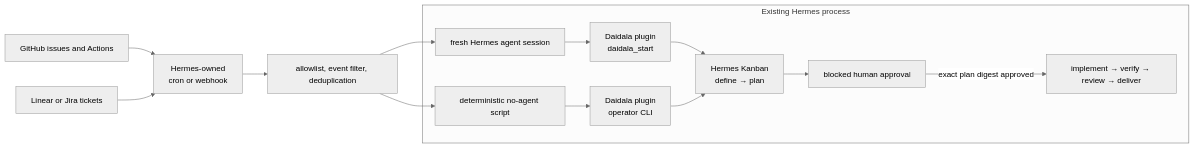
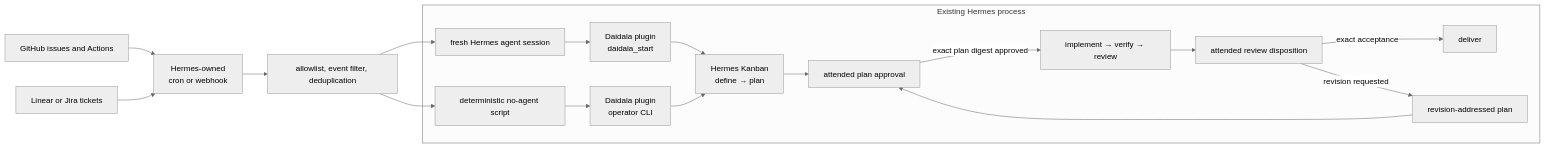
Before and after one commit to forgegod/daidala: the diagram in docs/13-autonomous-triggering.md, drawn with Mermaid (neutral theme). The commit also changed other lines of this file and 19 other files, not shown here.

First line of the commit message:
docs(review): document attended revision workflow

````diff
--- a/docs/13-autonomous-triggering.md
+++ b/docs/13-autonomous-triggering.md
@@ -18,17 +18,21 @@
 ```mermaid
 flowchart LR
     GH["GitHub issues and Actions"] --> T["Hermes-owned<br>cron or webhook"]
     LI["Linear or Jira tickets"] --> T
     T --> F["allowlist, event filter, deduplication"]
     F --> A["fresh Hermes agent session"]
     F --> S["deterministic no-agent script"]
 
     subgraph H["Existing Hermes process"]
         A --> W["Daidala plugin<br>daidala_start"]
         S --> W2["Daidala plugin<br>operator CLI"]
         W --> K["Hermes Kanban<br>define → plan"]
         W2 --> K
-        K --> G["blocked human approval"]
-        G -->|"exact plan digest approved"| E["implement → verify → review → deliver"]
+        K --> G["attended plan approval"]
+        G -->|"exact plan digest approved"| E["implement → verify → review"]
+        E --> R["attended review disposition"]
+        R -->|"exact acceptance"| D["deliver"]
+        R -->|"revision requested"| PN["revision-addressed plan"]
+        PN --> G
     end
 ```
````
